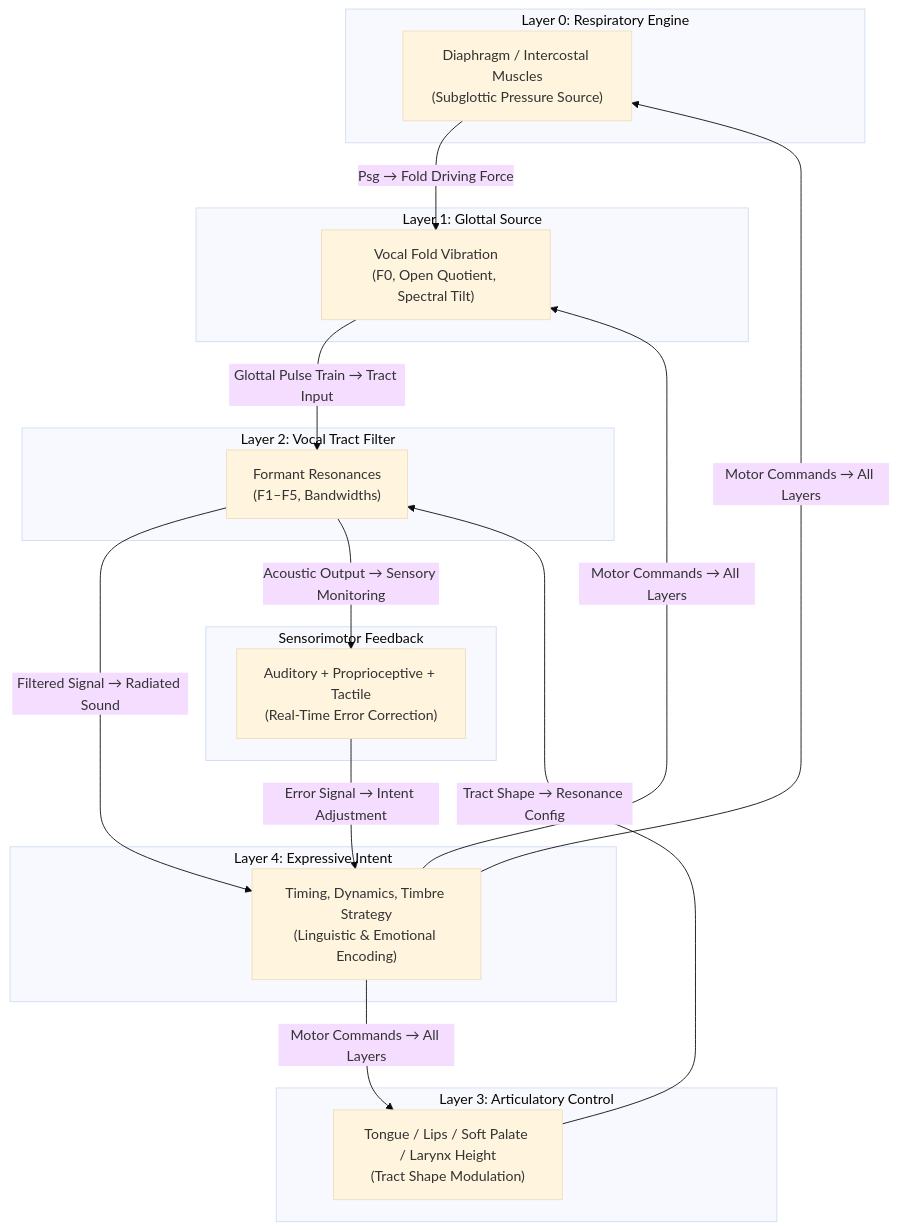
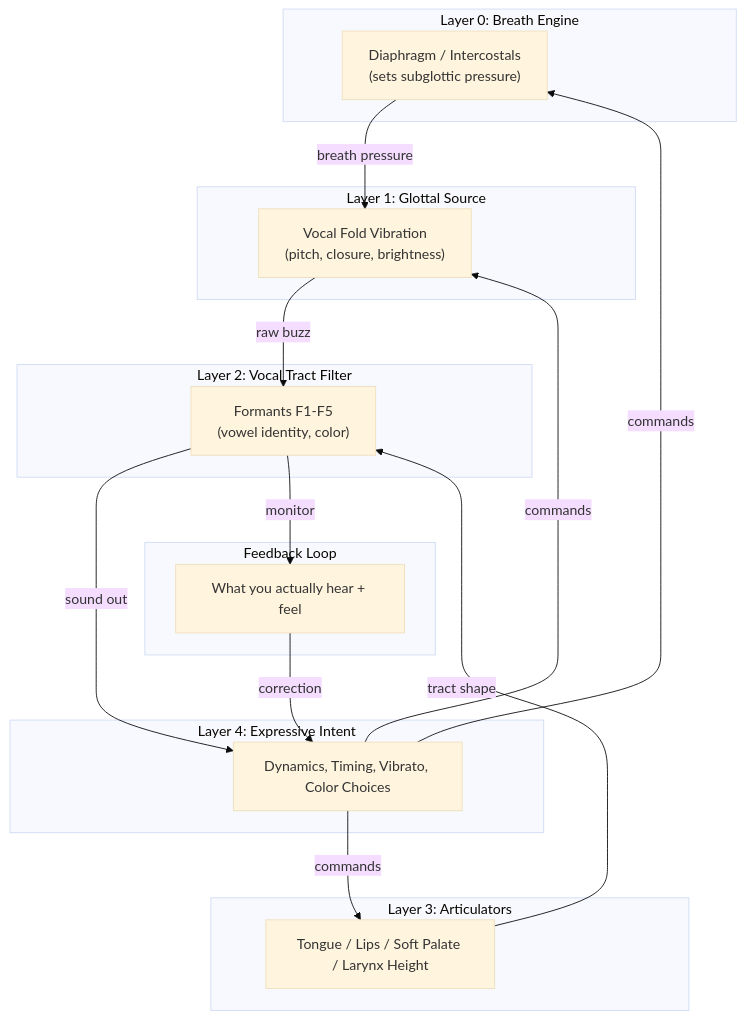
One commit to blebleblee/synapse changed the first of 2 diagrams in topics/arts/music_performance/vocals/lesson_03_vocal_interpretation.md. Above: the diagram before and after it, drawn with Mermaid (base theme). The commit also changed other lines of this file and 4 other files, not shown here.

````diff
--- a/topics/arts/music_performance/vocals/lesson_03_vocal_interpretation.md
+++ b/topics/arts/music_performance/vocals/lesson_03_vocal_interpretation.md
@@ -28,36 +26,36 @@
 ```mermaid
 graph TD
-    subgraph sub_respiratory ["Layer 0: Respiratory Engine"]
-        A["Diaphragm / Intercostal Muscles\n(Subglottic Pressure Source)"]
+    subgraph sub_respiratory ["Layer 0: Breath Engine"]
+        A["Diaphragm / Intercostals\n(sets subglottic pressure)"]
     end
 
     subgraph sub_laryngeal ["Layer 1: Glottal Source"]
-        B["Vocal Fold Vibration\n(F0, Open Quotient, Spectral Tilt)"]
+        B["Vocal Fold Vibration\n(pitch, closure, brightness)"]
     end
 
     subgraph sub_tract ["Layer 2: Vocal Tract Filter"]
-        C["Formant Resonances\n(F1–F5, Bandwidths)"]
+        C["Formants F1-F5\n(vowel identity, color)"]
     end
 
-    subgraph sub_articulatory ["Layer 3: Articulatory Control"]
-        D["Tongue / Lips / Soft Palate / Larynx Height\n(Tract Shape Modulation)"]
+    subgraph sub_articulatory ["Layer 3: Articulators"]
+        D["Tongue / Lips / Soft Palate / Larynx Height"]
     end
 
     subgraph sub_expressive ["Layer 4: Expressive Intent"]
-        E["Timing, Dynamics, Timbre Strategy\n(Linguistic & Emotional Encoding)"]
+        E["Dynamics, Timing, Vibrato, Color Choices"]
     end
 
-    subgraph sub_feedback ["Sensorimotor Feedback"]
-        F["Auditory + Proprioceptive + Tactile\n(Real-Time Error Correction)"]
+    subgraph sub_feedback ["Feedback Loop"]
+        F["What you actually hear + feel"]
     end
 
-    A -->|"Psg → Fold Driving Force"| B
-    B -->|"Glottal Pulse Train → Tract Input"| C
-    D -->|"Tract Shape → Resonance Config"| C
-    C -->|"Filtered Signal → Radiated Sound"| E
-    E -->|"Motor Commands → All Layers"| A
-    E -->|"Motor Commands → All Layers"| B
-    E -->|"Motor Commands → All Layers"| D
-    C -->|"Acoustic Output → Sensory Monitoring"| F
-    F -->|"Error Signal → Intent Adjustment"| E
+    A -->|"breath pressure"| B
+    B -->|"raw buzz"| C
+    D -->|"tract shape"| C
+    C -->|"sound out"| E
+    E -->|"commands"| A
+    E -->|"commands"| B
+    E -->|"commands"| D
+    C -->|"monitor"| F
+    F -->|"correction"| E
 ```
````
